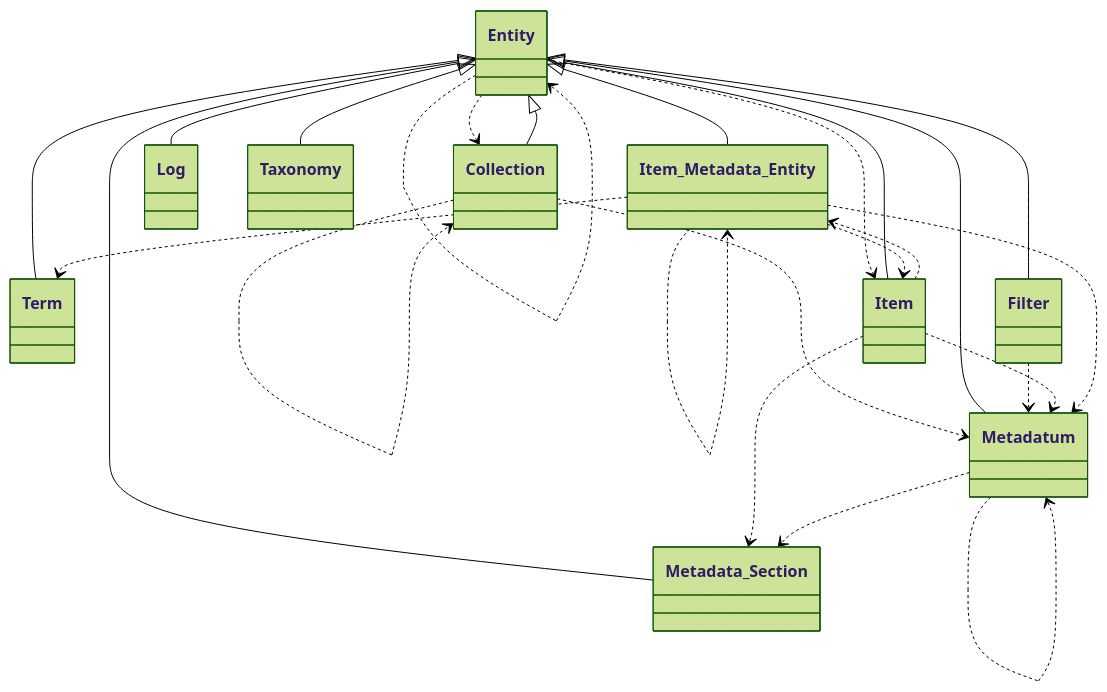
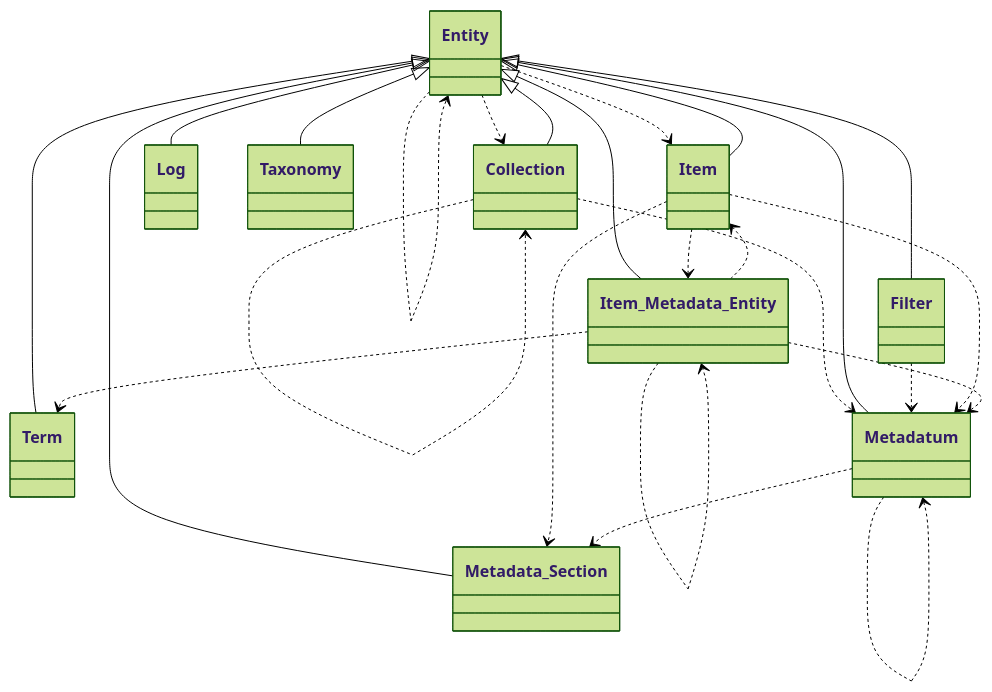
Before and after one commit to tainacan/tainacan: the fourth of 13 diagrams in docs/phpdoc/Home.md, drawn with Mermaid (forest theme). The commit also changed other lines of this file and 73 other files, not shown here.

````diff
--- a/docs/phpdoc/Home.md
+++ b/docs/phpdoc/Home.md
@@ -355,38 +355,38 @@
 ```mermaid
 classDiagram
     direction TB
+    class Collection { }
+    class Term { }
+    class Item { }
+    class Log { }
+    class Metadatum { }
+    class Filter { }
     class Item_Metadata_Entity { }
-    class Metadatum { }
-    class Term { }
-    class Filter { }
+    class Taxonomy { }
+    class Entity { }
     class Metadata_Section { }
-    class Item { }
-    class Collection { }
-    class Entity { }
-    class Log { }
-    class Taxonomy { }
     Collection ..> Collection
     Collection ..> Metadatum
     Entity ..> Collection
     Entity ..> Entity
     Entity ..> Item
     Entity <|-- Collection
     Entity <|-- Filter
     Entity <|-- Item
     Entity <|-- Item_Metadata_Entity
     Entity <|-- Log
     Entity <|-- Metadata_Section
     Entity <|-- Metadatum
     Entity <|-- Taxonomy
     Entity <|-- Term
     Filter ..> Metadatum
     Item ..> Item_Metadata_Entity
     Item ..> Metadata_Section
     Item ..> Metadatum
     Item_Metadata_Entity ..> Item
     Item_Metadata_Entity ..> Item_Metadata_Entity
     Item_Metadata_Entity ..> Metadatum
     Item_Metadata_Entity ..> Term
     Metadatum ..> Metadata_Section
     Metadatum ..> Metadatum
 ```
````
